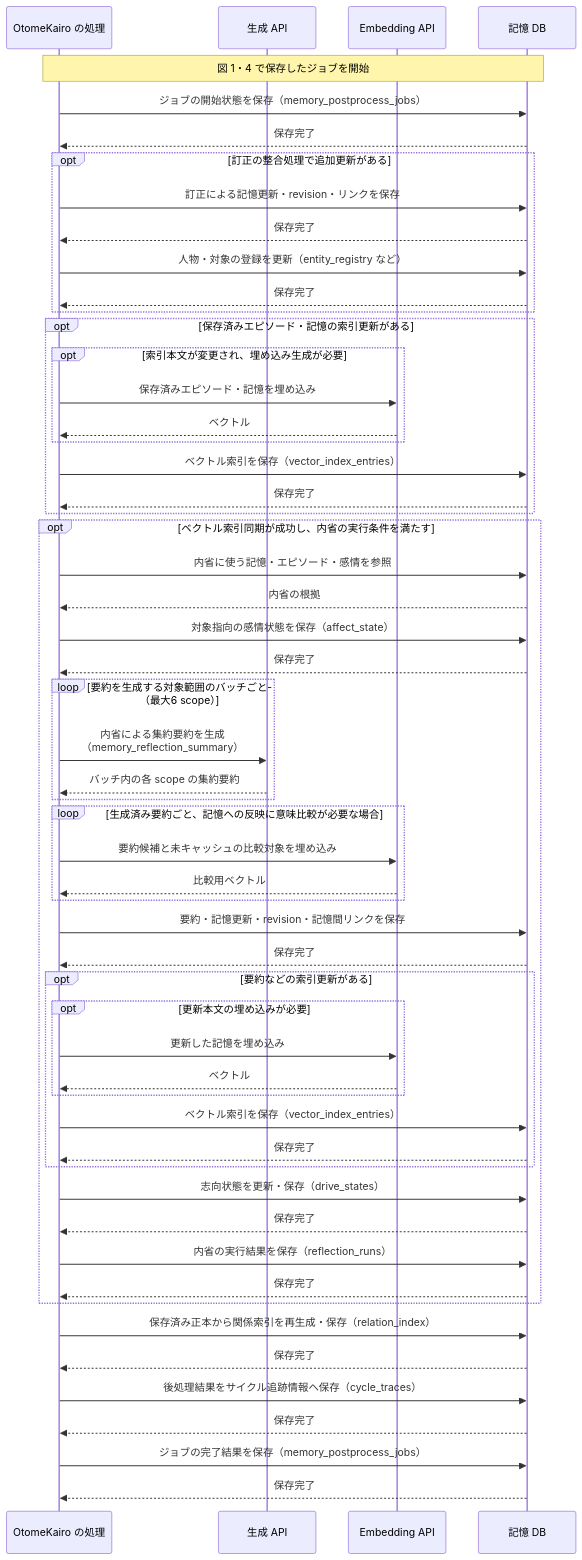
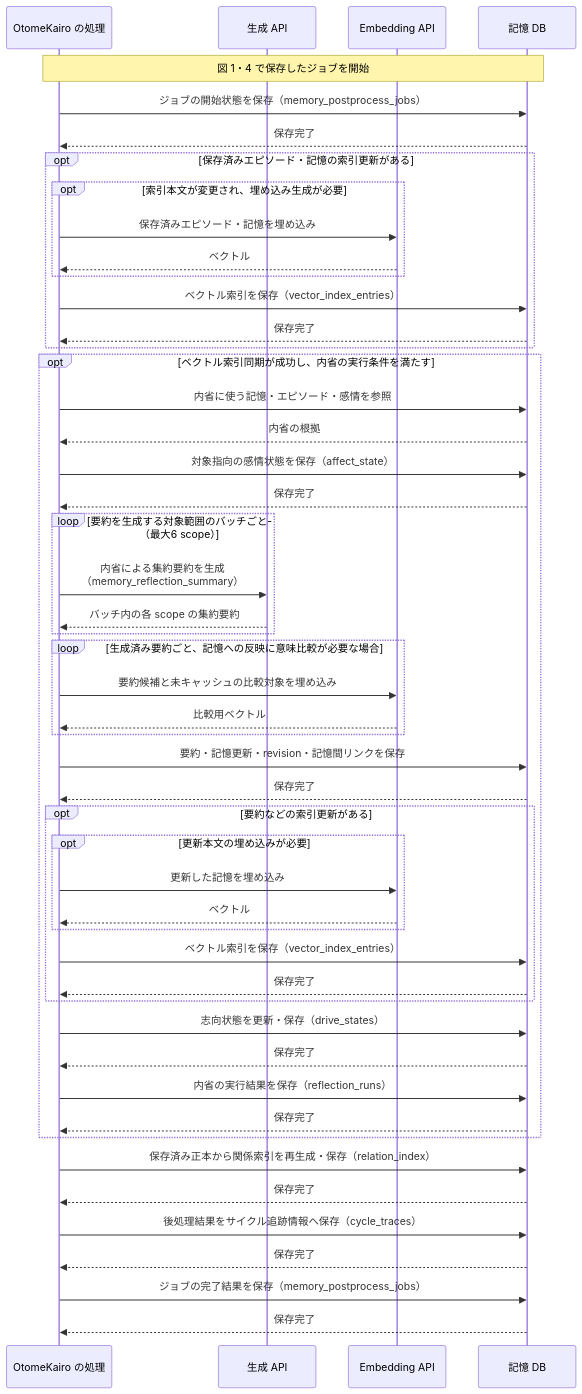
Before and after one commit to hirona98/OtomeKairo: the fifth of 7 diagrams in docs/design/llm/LLM呼び出しシーケンス.md, drawn with Mermaid. The commit also changed other lines of this file and 9 other files, not shown here.

````diff
--- a/docs/design/llm/LLM呼び出しシーケンス.md
+++ b/docs/design/llm/LLM呼び出しシーケンス.md
@@ -397,59 +397,53 @@
 ```mermaid
 sequenceDiagram
     participant C as OtomeKairo の処理
     participant L as 生成 API
     participant E as Embedding API
     participant D as 記憶 DB
 
     Note over C,D: 図 1・4 で保存したジョブを開始
     C->>D: ジョブの開始状態を保存（memory_postprocess_jobs）
     D-->>C: 保存完了
-    opt 訂正の整合処理で追加更新がある
-        C->>D: 訂正による記憶更新・revision・リンクを保存
-        D-->>C: 保存完了
-        C->>D: 人物・対象の登録を更新（entity_registry など）
-        D-->>C: 保存完了
-    end
     opt 保存済みエピソード・記憶の索引更新がある
         opt 索引本文が変更され、埋め込み生成が必要
             C->>E: 保存済みエピソード・記憶を埋め込み
             E-->>C: ベクトル
         end
         C->>D: ベクトル索引を保存（vector_index_entries）
         D-->>C: 保存完了
     end
     opt ベクトル索引同期が成功し、内省の実行条件を満たす
         C->>D: 内省に使う記憶・エピソード・感情を参照
         D-->>C: 内省の根拠
         C->>D: 対象指向の感情状態を保存（affect_state）
         D-->>C: 保存完了
         loop 要約を生成する対象範囲のバッチごと（最大6 scope）
             C->>L: 内省による集約要約を生成<br>（memory_reflection_summary）
             L-->>C: バッチ内の各 scope の集約要約
         end
         loop 生成済み要約ごと、記憶への反映に意味比較が必要な場合
             C->>E: 要約候補と未キャッシュの比較対象を埋め込み
             E-->>C: 比較用ベクトル
         end
         C->>D: 要約・記憶更新・revision・記憶間リンクを保存
         D-->>C: 保存完了
         opt 要約などの索引更新がある
             opt 更新本文の埋め込みが必要
                 C->>E: 更新した記憶を埋め込み
                 E-->>C: ベクトル
             end
             C->>D: ベクトル索引を保存（vector_index_entries）
             D-->>C: 保存完了
         end
         C->>D: 志向状態を更新・保存（drive_states）
         D-->>C: 保存完了
         C->>D: 内省の実行結果を保存（reflection_runs）
         D-->>C: 保存完了
     end
     C->>D: 保存済み正本から関係索引を再生成・保存（relation_index）
     D-->>C: 保存完了
     C->>D: 後処理結果をサイクル追跡情報へ保存（cycle_traces）
     D-->>C: 保存完了
     C->>D: ジョブの完了結果を保存（memory_postprocess_jobs）
     D-->>C: 保存完了
 ```
````
